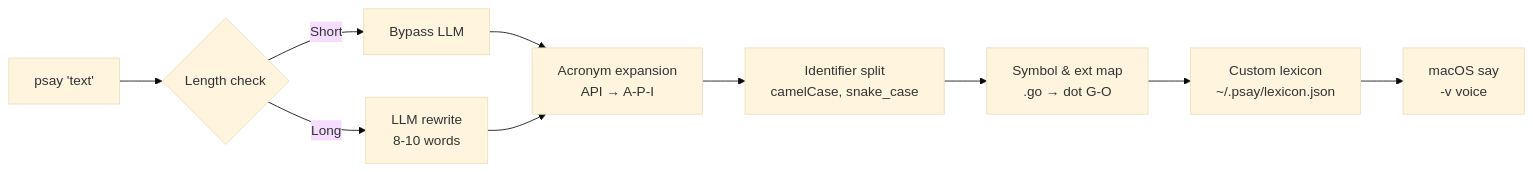
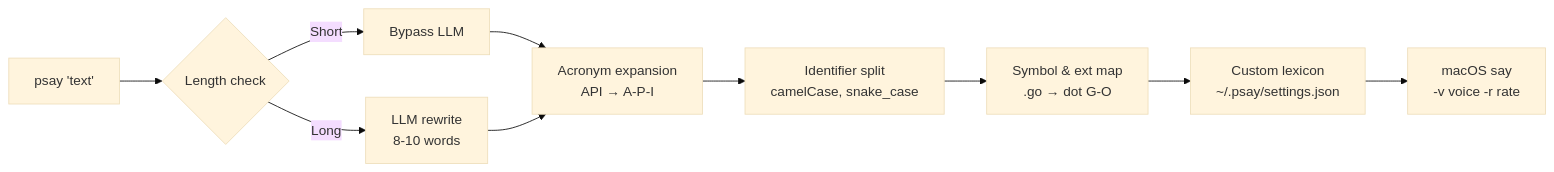
One commit to ssupawat/psay changed the diagram in README.md. Above: the diagram before and after it, drawn with Mermaid (base theme). The commit also changed other lines of this file, not shown here.

Commit message:
Rewrite README with reuse-first approach, settings.json config, 3-phase backlog

````diff
--- a/README.md
+++ b/README.md
@@ -22,18 +24,18 @@
 ```mermaid
 flowchart LR
   A["psay 'text'"] --> B{Length check}
   B -->|Short| C["Bypass LLM"]
   B -->|Long| D["LLM rewrite
 8-10 words"]
   C --> E["Acronym expansion
 API → A-P-I"]
   D --> E
   E --> F["Identifier split
 camelCase, snake_case"]
   F --> G["Symbol & ext map
 .go → dot G-O"]
   G --> H["Custom lexicon
-~/.psay/lexicon.json"]
+~/.psay/settings.json"]
   H --> I["macOS say
--v voice"]
+-v voice -r rate"]
 ```
````
